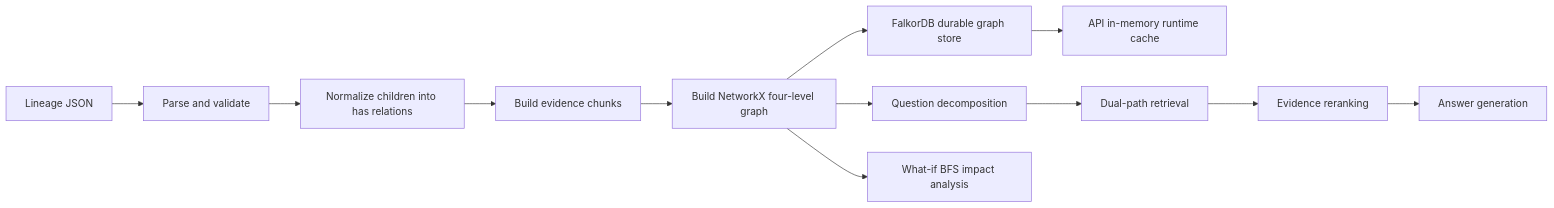
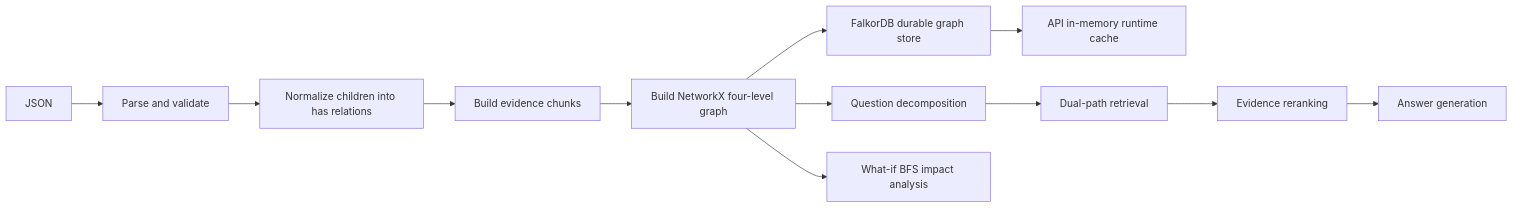
One commit to AI-Explorer-Lab/GraphRAG changed the diagram in README.md. Above: the diagram before and after it, drawn with Mermaid. The commit also changed other lines of this file, not shown here.

````diff
--- a/README.md
+++ b/README.md
@@ -23,14 +23,14 @@
 ```mermaid
 flowchart LR
-  A["Lineage JSON"] --> B["Parse and validate"]
+  A["JSON"] --> B["Parse and validate"]
   B --> C["Normalize children into has relations"]
   C --> D["Build evidence chunks"]
   D --> E["Build NetworkX four-level graph"]
   E --> F["FalkorDB durable graph store"]
   F --> G["API in-memory runtime cache"]
   E --> H["Question decomposition"]
   H --> I["Dual-path retrieval"]
   I --> J["Evidence reranking"]
   J --> K["Answer generation"]
   E --> L["What-if BFS impact analysis"]
 ```
````
